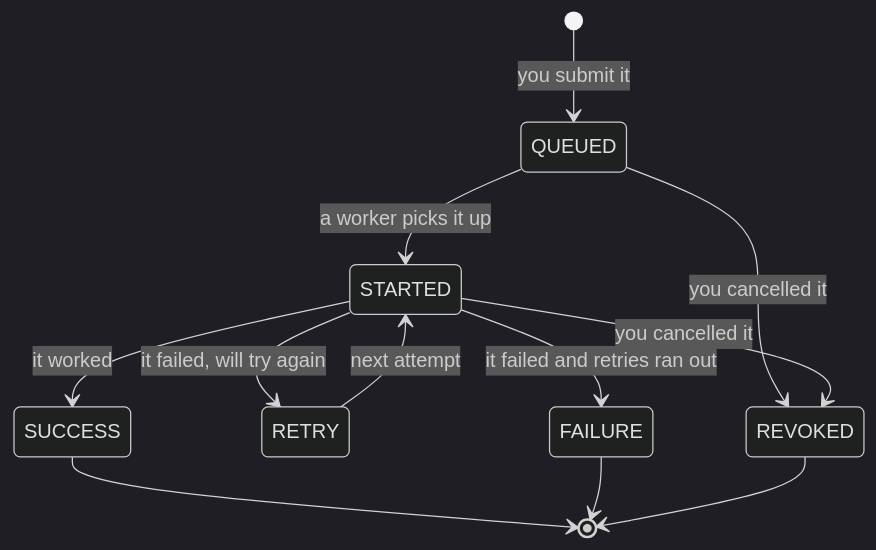
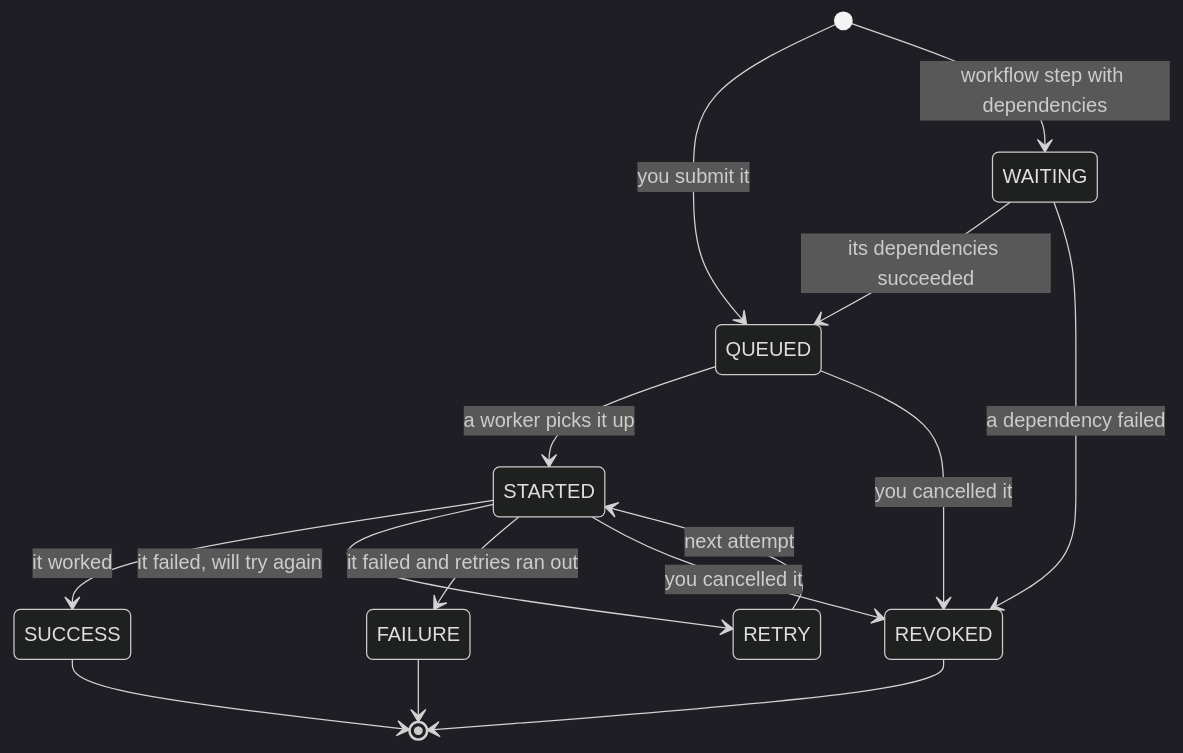
Before and after one commit to ravibhushan29/JobScheduler: the diagram in docs/02-key-concepts.md, drawn with Mermaid (dark theme). The commit also changed other lines of this file and 101 other files, not shown here.

````diff
--- a/docs/02-key-concepts.md
+++ b/docs/02-key-concepts.md
@@ -25,14 +25,17 @@
 ```mermaid
 stateDiagram-v2
     [*] --> QUEUED: you submit it
+    [*] --> WAITING: workflow step with dependencies
+    WAITING --> QUEUED: its dependencies succeeded
+    WAITING --> REVOKED: a dependency failed
     QUEUED --> STARTED: a worker picks it up
     STARTED --> SUCCESS: it worked
     STARTED --> RETRY: it failed, will try again
     RETRY --> STARTED: next attempt
     STARTED --> FAILURE: it failed and retries ran out
     QUEUED --> REVOKED: you cancelled it
     STARTED --> REVOKED: you cancelled it
     SUCCESS --> [*]
     FAILURE --> [*]
     REVOKED --> [*]
 ```
````
